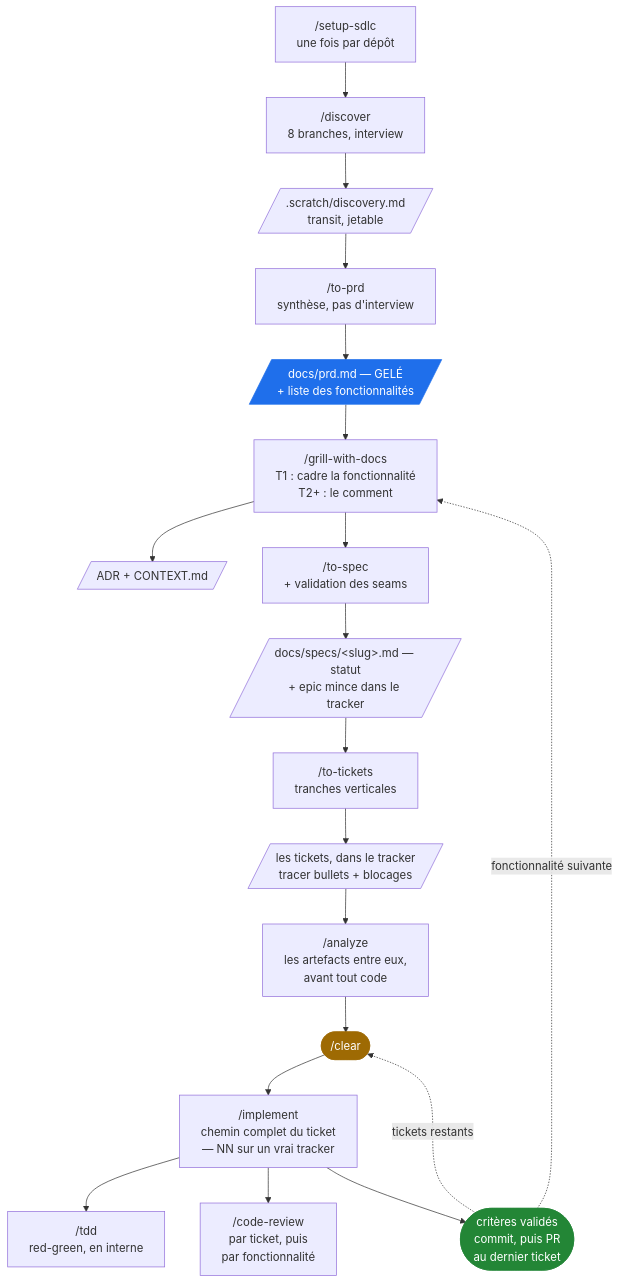
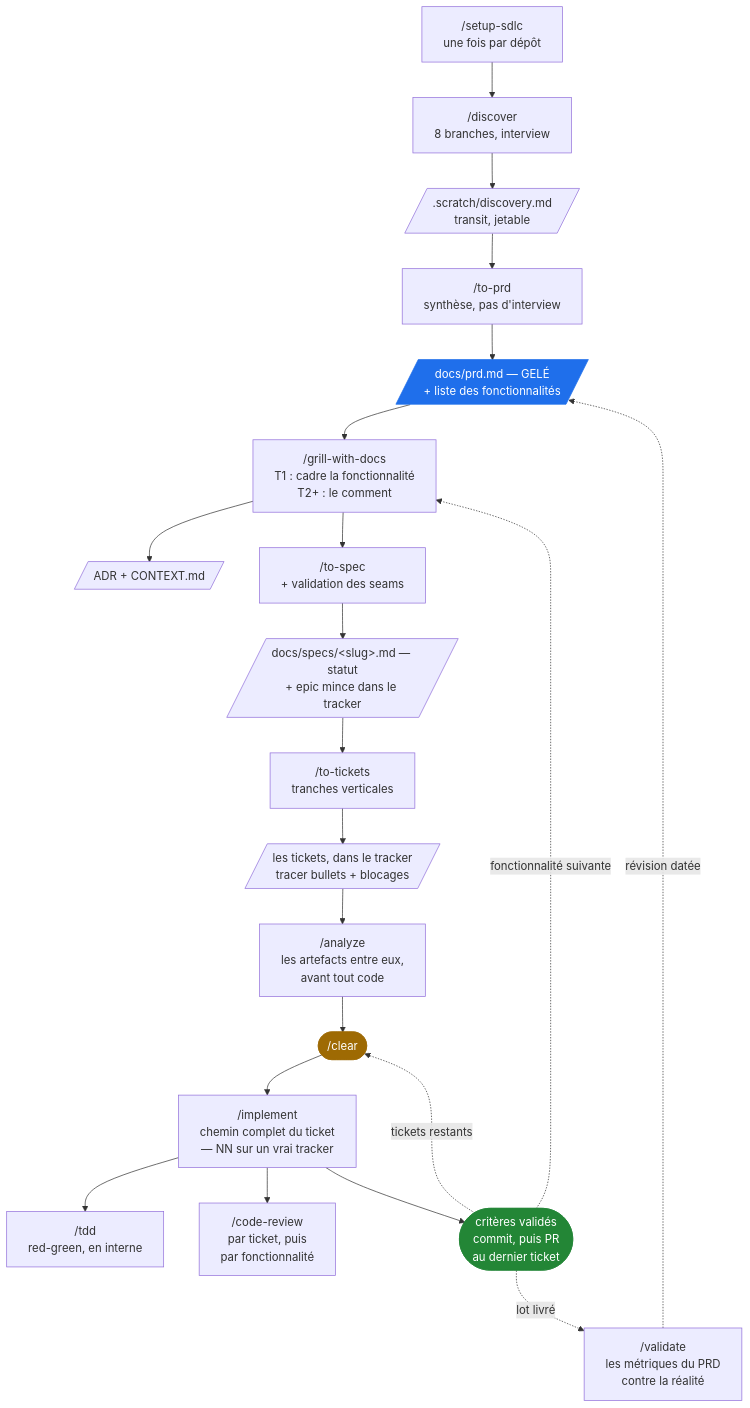
The first of 2 diagrams in FLUX.md (VFahet/ai-native-sdd-setup), drawn with Mermaid before and after one commit. The commit also changed other lines of this file and 8 other files, not shown here.

````diff
--- a/FLUX.md
+++ b/FLUX.md
@@ -7,30 +7,32 @@
 ```mermaid
 flowchart TD
     S["/setup-sdlc<br/>une fois par dépôt"]
 
     S --> D["/discover<br/>8 branches, interview"]
     D --> DM[/".scratch/discovery.md<br/>transit, jetable"/]
     DM --> P["/to-prd<br/>synthèse, pas d'interview"]
     P --> PRD[/"docs/prd.md — GELÉ<br/>+ liste des fonctionnalités"/]
 
     PRD --> G["/grill-with-docs<br/>T1 : cadre la fonctionnalité<br/>T2+ : le comment"]
     G --> ADR[/"ADR + CONTEXT.md"/]
     G --> TS["/to-spec<br/>+ validation des seams"]
     TS --> SPEC[/"docs/specs/&lt;slug&gt;.md — statut<br/>+ epic mince dans le tracker"/]
     SPEC --> TT["/to-tickets<br/>tranches verticales"]
     TT --> ISS[/"les tickets, dans le tracker<br/>tracer bullets + blocages"/]
     ISS --> AN["/analyze<br/>les artefacts entre eux,<br/>avant tout code"]
 
     AN --> CL(["/clear"])
     CL --> I["/implement<br/>chemin complet du ticket<br/>— NN sur un vrai tracker"]
     I --> TDD["/tdd<br/>red-green, en interne"]
     I --> CR["/code-review<br/>par ticket, puis<br/>par fonctionnalité"]
     I --> OK(["critères validés<br/>commit, puis PR<br/>au dernier ticket"])
 
     OK -. "tickets restants" .-> CL
     OK -. "fonctionnalité suivante" .-> G
+    OK -. "lot livré" .-> V["/validate<br/>les métriques du PRD<br/>contre la réalité"]
+    V -. "révision datée" .-> PRD
 
     style PRD fill:#1f6feb,stroke:#1f6feb,color:#fff
     style OK fill:#238636,stroke:#238636,color:#fff
     style CL fill:#9e6a03,stroke:#9e6a03,color:#fff
 ```
````
